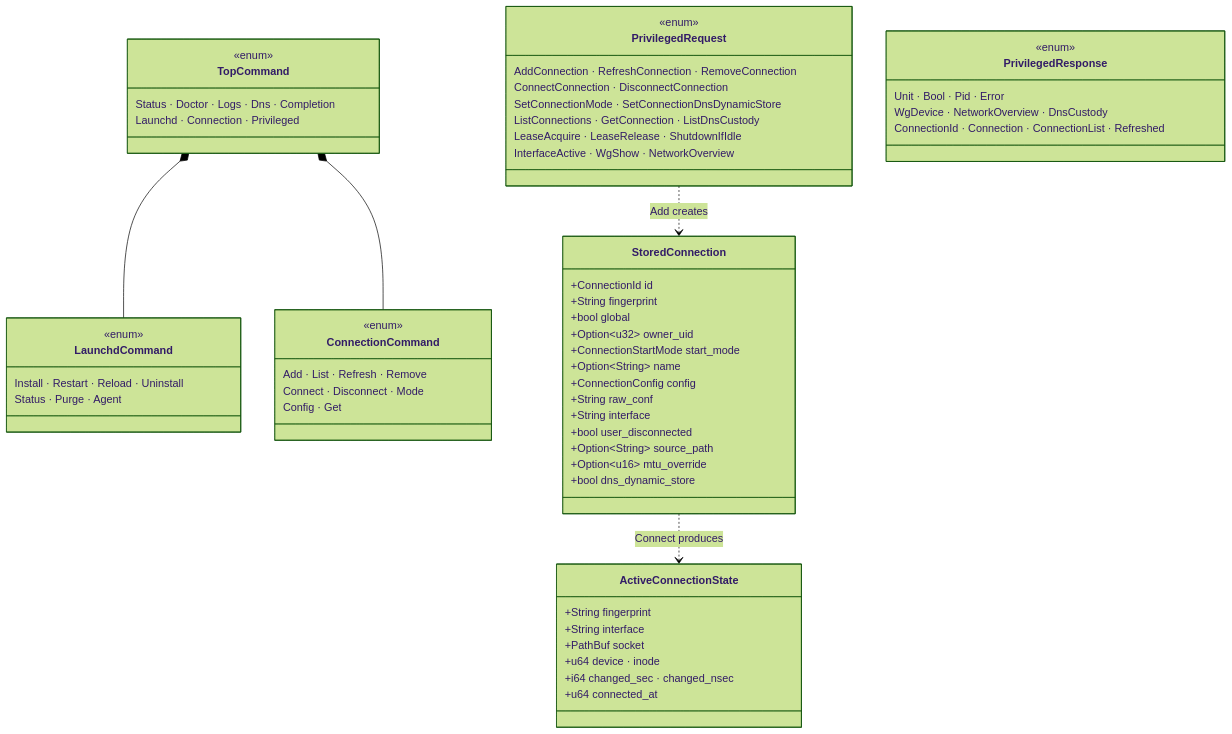
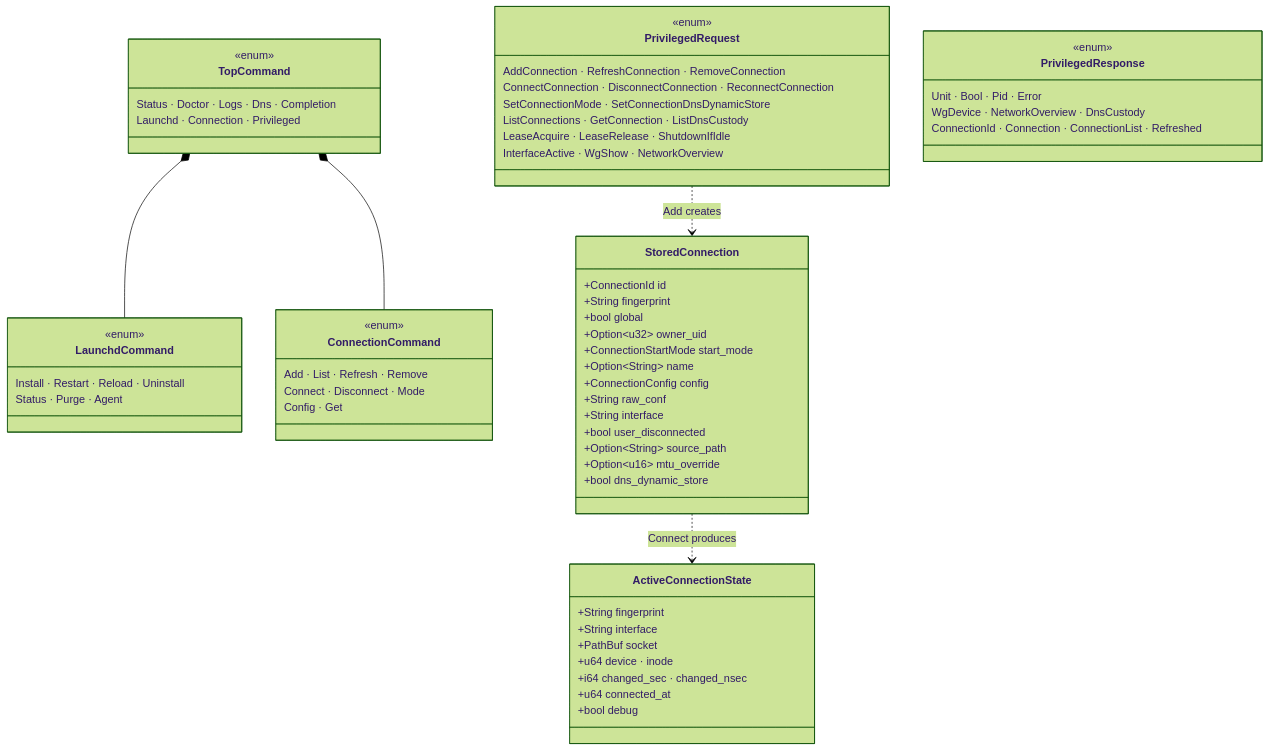
The second of 11 diagrams in doc/architecture.md (pansen/macos-wireguard-daemon), drawn with Mermaid (forest theme) before and after one commit. The commit also changed other lines of this file and 17 other files, not shown here.

First line of the commit message:
Add ReconnectConnection and immediate config apply

````diff
--- a/doc/architecture.md
+++ b/doc/architecture.md
@@ -63,62 +63,63 @@
 ```mermaid
 classDiagram
     class TopCommand {
         <<enum>>
         Status · Doctor · Logs · Dns · Completion
         Launchd · Connection · Privileged
     }
     class LaunchdCommand {
         <<enum>>
         Install · Restart · Reload · Uninstall
         Status · Purge · Agent
     }
     class ConnectionCommand {
         <<enum>>
         Add · List · Refresh · Remove
         Connect · Disconnect · Mode
         Config · Get
     }
     class StoredConnection {
         +ConnectionId id
         +String fingerprint
         +bool global
         +Option~u32~ owner_uid
         +ConnectionStartMode start_mode
         +Option~String~ name
         +ConnectionConfig config
         +String raw_conf
         +String interface
         +bool user_disconnected
         +Option~String~ source_path
         +Option~u16~ mtu_override
         +bool dns_dynamic_store
     }
     class ActiveConnectionState {
         +String fingerprint
         +String interface
         +PathBuf socket
         +u64 device · inode
         +i64 changed_sec · changed_nsec
         +u64 connected_at
+        +bool debug
     }
     class PrivilegedRequest {
         <<enum>>
         AddConnection · RefreshConnection · RemoveConnection
-        ConnectConnection · DisconnectConnection
+        ConnectConnection · DisconnectConnection · ReconnectConnection
         SetConnectionMode · SetConnectionDnsDynamicStore
         ListConnections · GetConnection · ListDnsCustody
         LeaseAcquire · LeaseRelease · ShutdownIfIdle
         InterfaceActive · WgShow · NetworkOverview
     }
     class PrivilegedResponse {
         <<enum>>
         Unit · Bool · Pid · Error
         WgDevice · NetworkOverview · DnsCustody
         ConnectionId · Connection · ConnectionList · Refreshed
     }
 
     TopCommand *-- LaunchdCommand
     TopCommand *-- ConnectionCommand
     PrivilegedRequest ..> StoredConnection : Add creates
     StoredConnection ..> ActiveConnectionState : Connect produces
 ```
````
